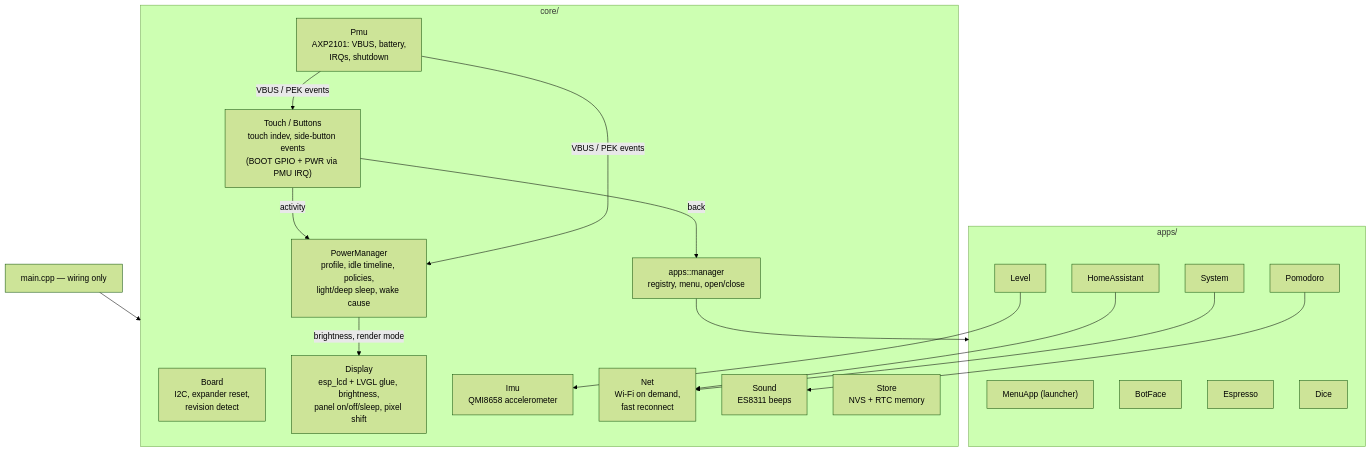
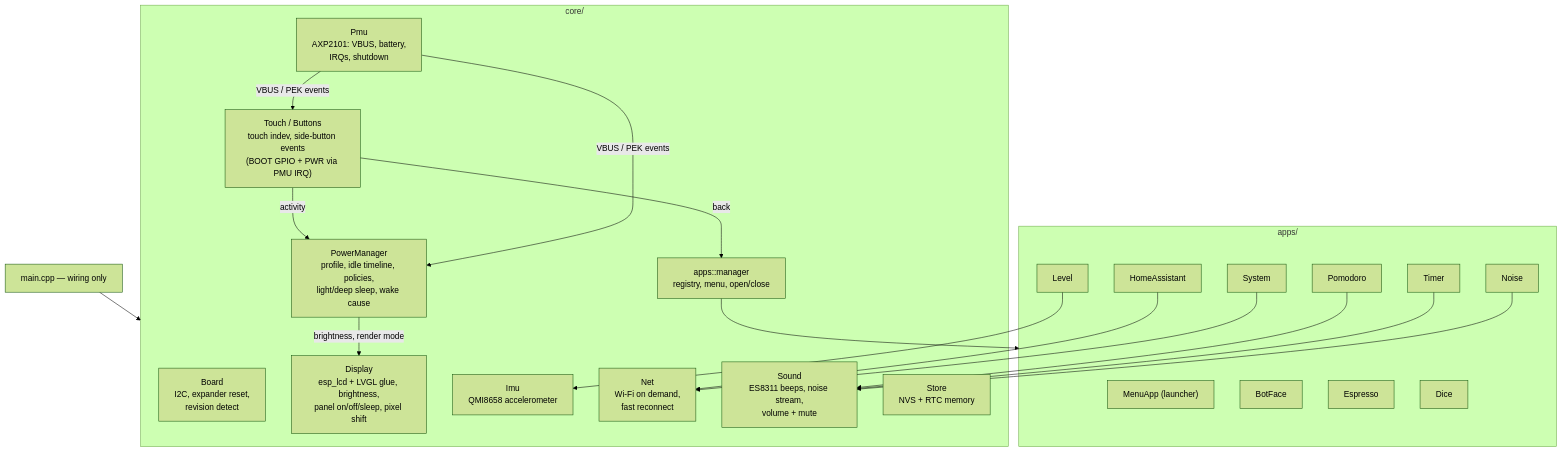
The first of 2 diagrams in docs/ARCHITECTURE.md (EbrithilNogare/ESP32-AMOLED), drawn with Mermaid (forest theme) before and after one commit. The commit also changed other lines of this file and 73 other files, not shown here.

````diff
--- a/docs/ARCHITECTURE.md
+++ b/docs/ARCHITECTURE.md
@@ -173,36 +179,40 @@
 ```mermaid
 flowchart TB
     main["main.cpp — wiring only"]
     subgraph core [core/]
         board["Board<br/>I2C, expander reset,<br/>revision detect"]
         display["Display<br/>esp_lcd + LVGL glue, brightness,<br/>panel on/off/sleep, pixel shift"]
         input["Touch / Buttons<br/>touch indev, side-button events<br/>(BOOT GPIO + PWR via PMU IRQ)"]
         pmu["Pmu<br/>AXP2101: VBUS, battery,<br/>IRQs, shutdown"]
         imu["Imu<br/>QMI8658 accelerometer"]
         power["PowerManager<br/>profile, idle timeline, policies,<br/>light/deep sleep, wake cause"]
         net["Net<br/>Wi-Fi on demand,<br/>fast reconnect"]
-        sound["Sound<br/>ES8311 beeps"]
+        sound["Sound<br/>ES8311 beeps, noise stream,<br/>volume + mute"]
         store["Store<br/>NVS + RTC memory"]
         apps["apps::manager<br/>registry, menu, open/close"]
     end
     subgraph appdir [apps/]
         menu["MenuApp (launcher)"]
         ha["HomeAssistant"]
         bot["BotFace"]
         pomo["Pomodoro"]
         esp["Espresso"]
         dice["Dice"]
         level["Level"]
+        timer["Timer"]
+        noise["Noise"]
         sys["System"]
     end
     main --> core
     input -- activity --> power
     pmu -- "VBUS / PEK events" --> power & input
     power -- brightness, render mode --> display
     input -- "back" --> apps
     apps --> appdir
     ha --> net
     pomo --> sound
+    timer --> sound
+    noise --> sound
     level --> imu
     sys --> net
 ```
````
